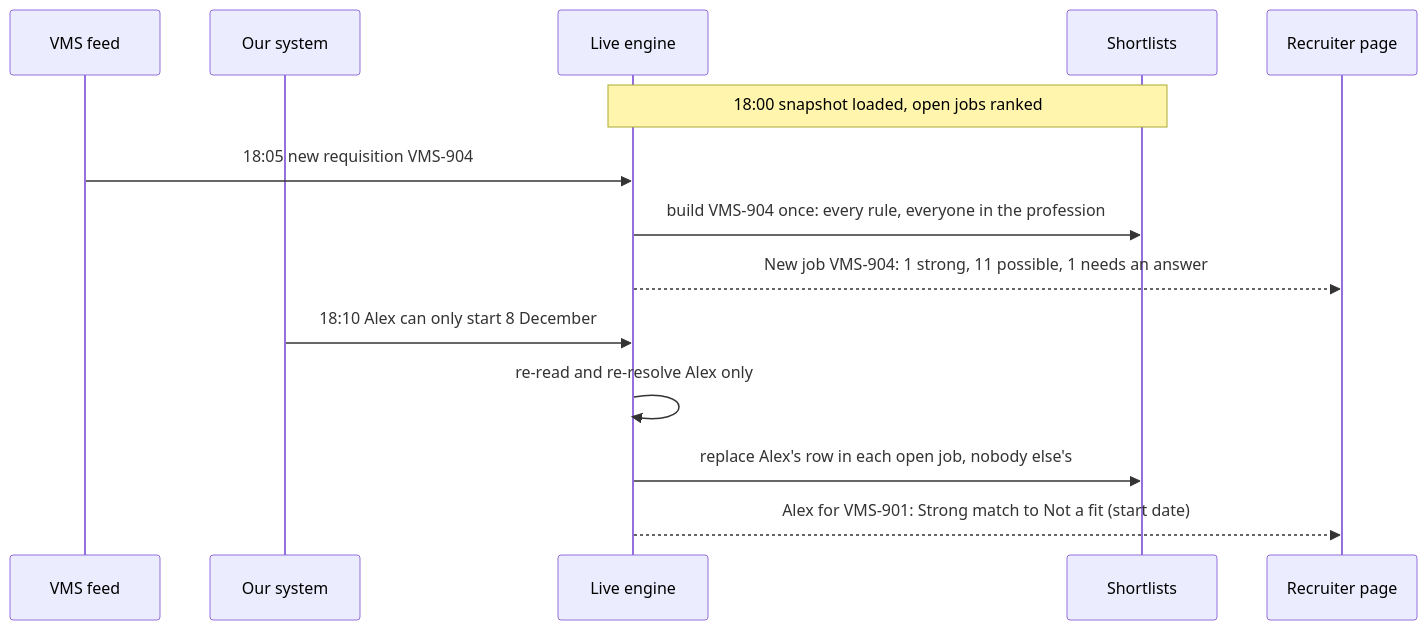
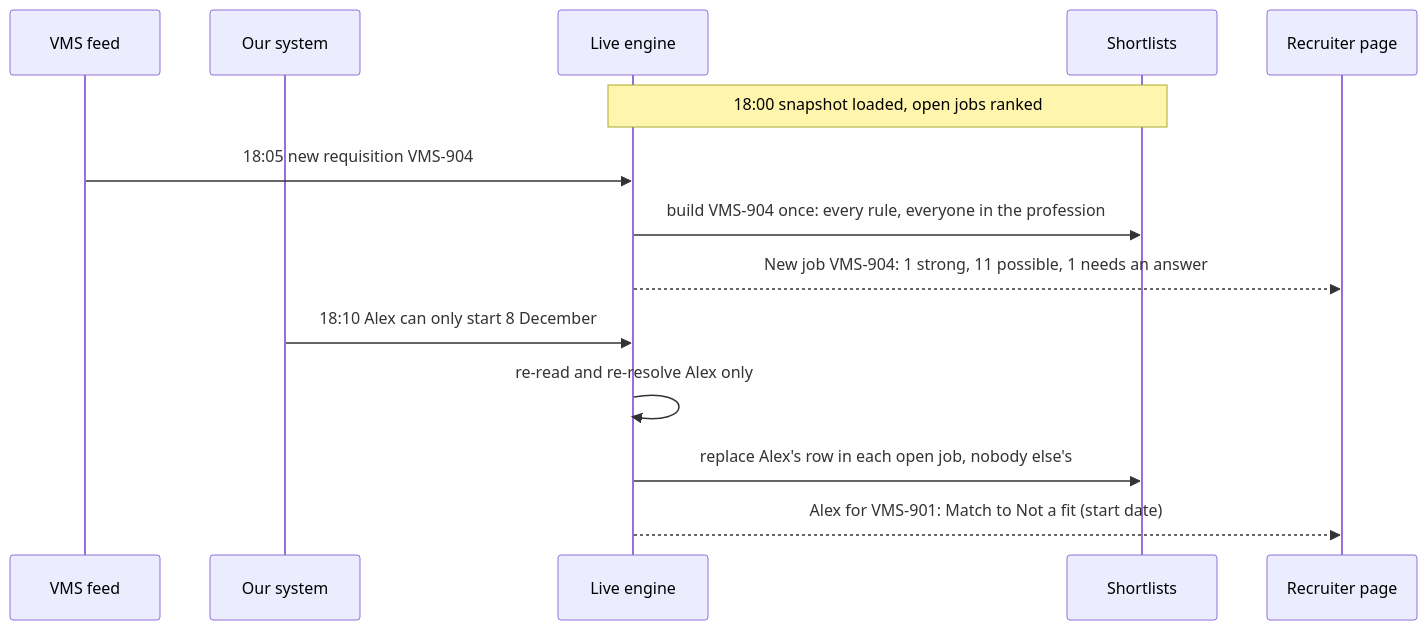
One commit to sukritisehgal-28/tracefit changed the second of 3 diagrams in docs/ARCHITECTURE.md. Above: the diagram before and after it, drawn with Mermaid. The commit also changed other lines of this file and 18 other files, not shown here.

````diff
--- a/docs/ARCHITECTURE.md
+++ b/docs/ARCHITECTURE.md
@@ -104,16 +107,16 @@
 ```mermaid
 sequenceDiagram
   participant V as VMS feed
   participant O as Our system
   participant L as Live engine
   participant S as Shortlists
   participant P as Recruiter page
   Note over L,S: 18:00 snapshot loaded, open jobs ranked
   V->>L: 18:05 new requisition VMS-904
   L->>S: build VMS-904 once: every rule, everyone in the profession
   L-->>P: New job VMS-904: 1 strong, 11 possible, 1 needs an answer
   O->>L: 18:10 Alex can only start 8 December
   L->>L: re-read and re-resolve Alex only
   L->>S: replace Alex's row in each open job, nobody else's
-  L-->>P: Alex for VMS-901: Strong match to Not a fit (start date)
+  L-->>P: Alex for VMS-901: Match to Not a fit (start date)
 ```
````
